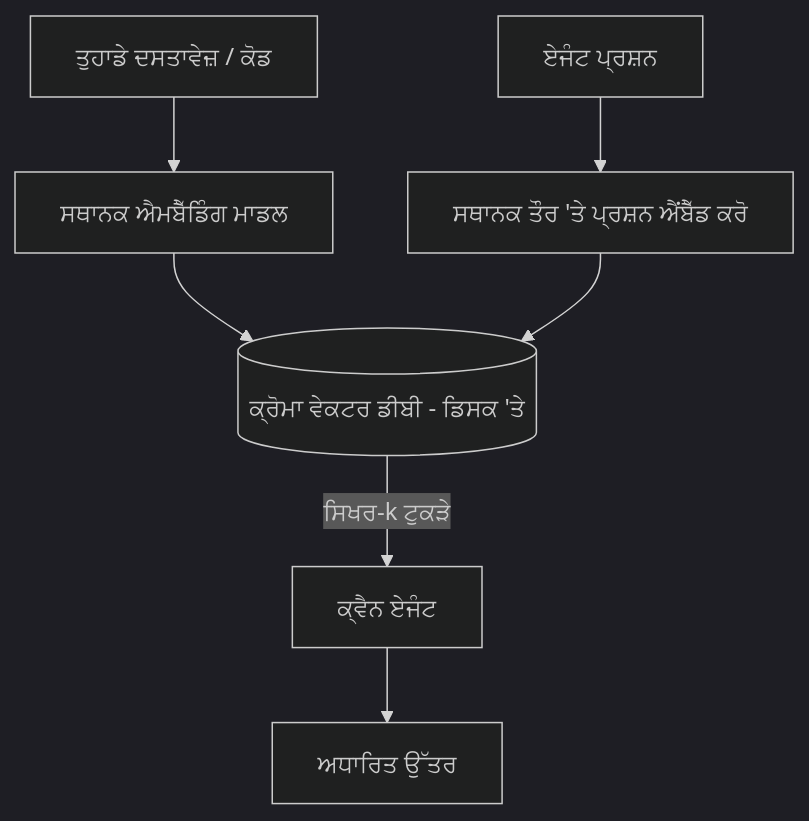
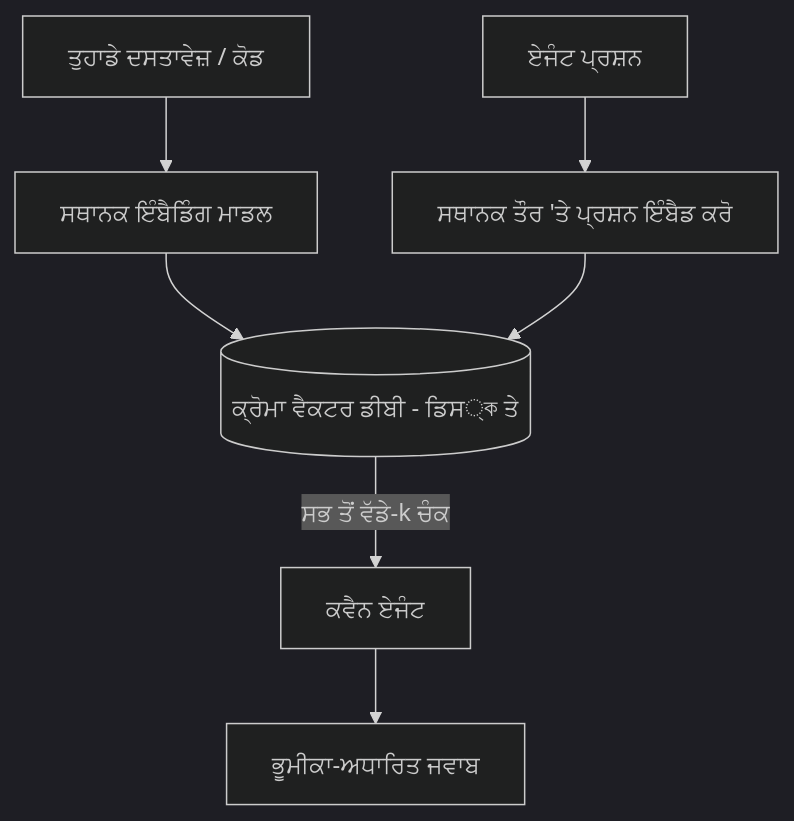
The third of 4 diagrams in translations/pa/17-creating-local-ai-agents/README.md (microsoft/ai-agents-for-beginners), drawn with Mermaid (dark theme) before and after one commit. The commit also changed other lines of this file and 46 other files, not shown here.

````diff
--- a/translations/pa/17-creating-local-ai-agents/README.md
+++ b/translations/pa/17-creating-local-ai-agents/README.md
@@ -125,9 +125,9 @@
 ```mermaid
 flowchart TB
-    D[ਤੁਹਾਡੇ ਦਸਤਾਵੇਜ਼ / ਕੋਡ] --> E[ਸਥਾਨਕ ਐਮਬੈੱਡਿੰਗ ਮਾਡਲ]
-    E --> V[(ਕ੍ਰੋਮਾ ਵੇਕਟਰ ਡੀਬੀ - ਡਿਸਕ 'ਤੇ)]
-    Q[ਏਜੰਟ ਪ੍ਰਸ਼ਨ] --> QE[ਸਥਾਨਕ ਤੌਰ 'ਤੇ ਪ੍ਰਸ਼ਨ ਐਂਬੈੱਡ ਕਰੋ]
+    D[ਤੁਹਾਡੇ ਦਸਤਾਵੇਜ਼ / ਕੋਡ] --> E[ਸਥਾਨਕ ਇੰਬੈਡਿੰਗ ਮਾਡਲ]
+    E --> V[(ਕ੍ਰੋਮਾ ਵੈਕਟਰ ਡੀਬੀ - ਡਿਸ্ক ਤੇ)]
+    Q[ਏਜੰਟ ਪ੍ਰਸ਼ਨ] --> QE[ਸਥਾਨਕ ਤੌਰ 'ਤੇ ਪ੍ਰਸ਼ਨ ਇੰਬੈਡ ਕਰੋ]
     QE --> V
-    V -->|ਸਿਖਰ-k ਟੁਕੜੇ| A[ਕ੍ਵੈਨ ਏਜੰਟ]
-    A --> Ans[ਅਧਾਰਿਤ ਉੱਤਰ]
+    V -->|ਸਭ ਤੋਂ ਵੱਡੇ-k ਚੰਕ| A[ਕਵੈਨ ਏਜੰਟ]
+    A --> Ans[ਭੂਮੀਕਾ-ਅਧਾਰਿਤ ਜਵਾਬ]
 ```
````
